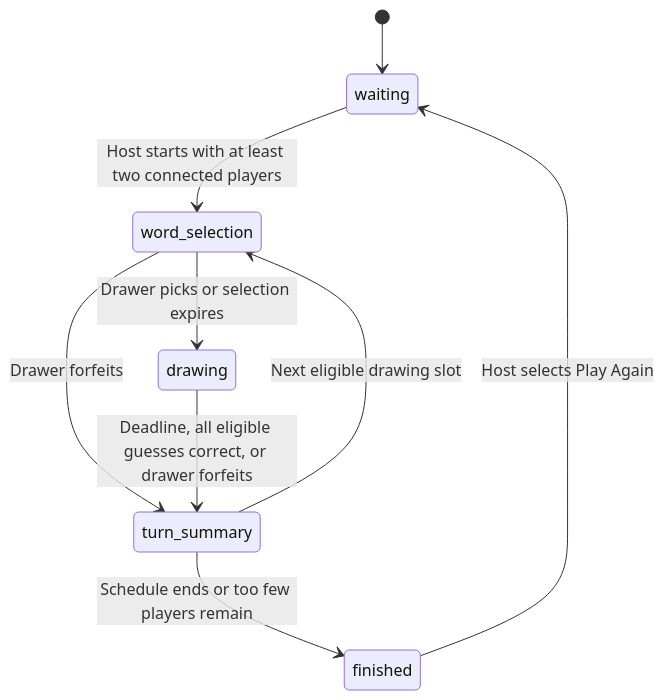
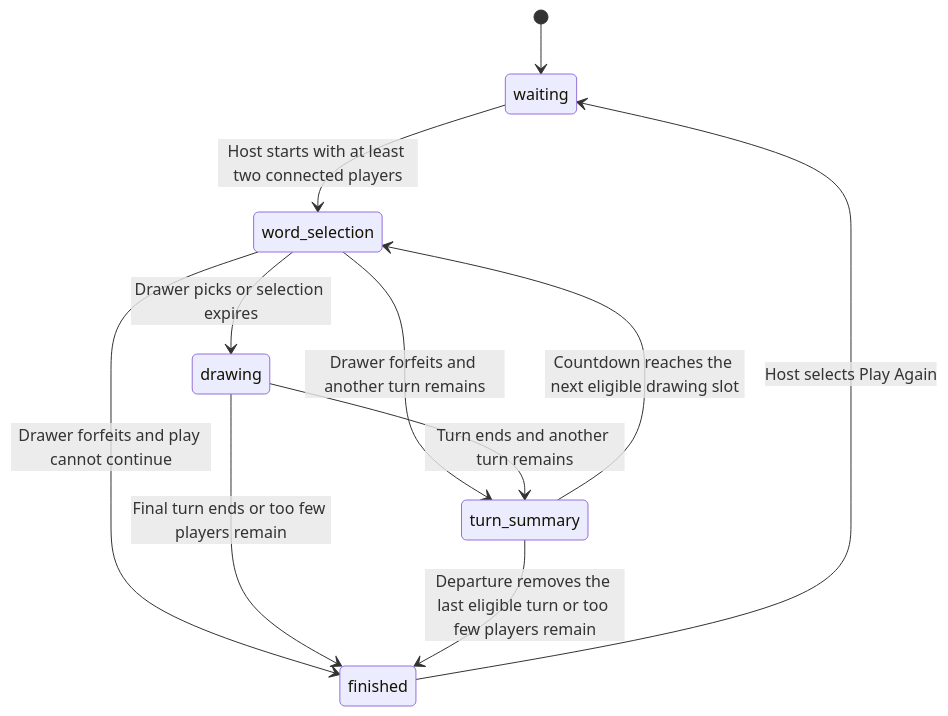
One commit to unse1234/Guessing-Game changed the diagram in docs/architecture.md. Above: the diagram before and after it, drawn with Mermaid. The commit also changed other lines of this file and 9 other files, not shown here.

Commit message:
feat(game): expand drawing colors and skip the final countdown

````diff
--- a/docs/architecture.md
+++ b/docs/architecture.md
@@ -17,11 +17,13 @@
 ```mermaid
 stateDiagram-v2
     [*] --> waiting
     waiting --> word_selection: Host starts with at least two connected players
     word_selection --> drawing: Drawer picks or selection expires
-    word_selection --> turn_summary: Drawer forfeits
-    drawing --> turn_summary: Deadline, all eligible guesses correct, or drawer forfeits
-    turn_summary --> word_selection: Next eligible drawing slot
-    turn_summary --> finished: Schedule ends or too few players remain
+    word_selection --> turn_summary: Drawer forfeits and another turn remains
+    drawing --> turn_summary: Turn ends and another turn remains
+    word_selection --> finished: Drawer forfeits and play cannot continue
+    drawing --> finished: Final turn ends or too few players remain
+    turn_summary --> word_selection: Countdown reaches the next eligible drawing slot
+    turn_summary --> finished: Departure removes the last eligible turn or too few players remain
     finished --> waiting: Host selects Play Again
 ```
````
